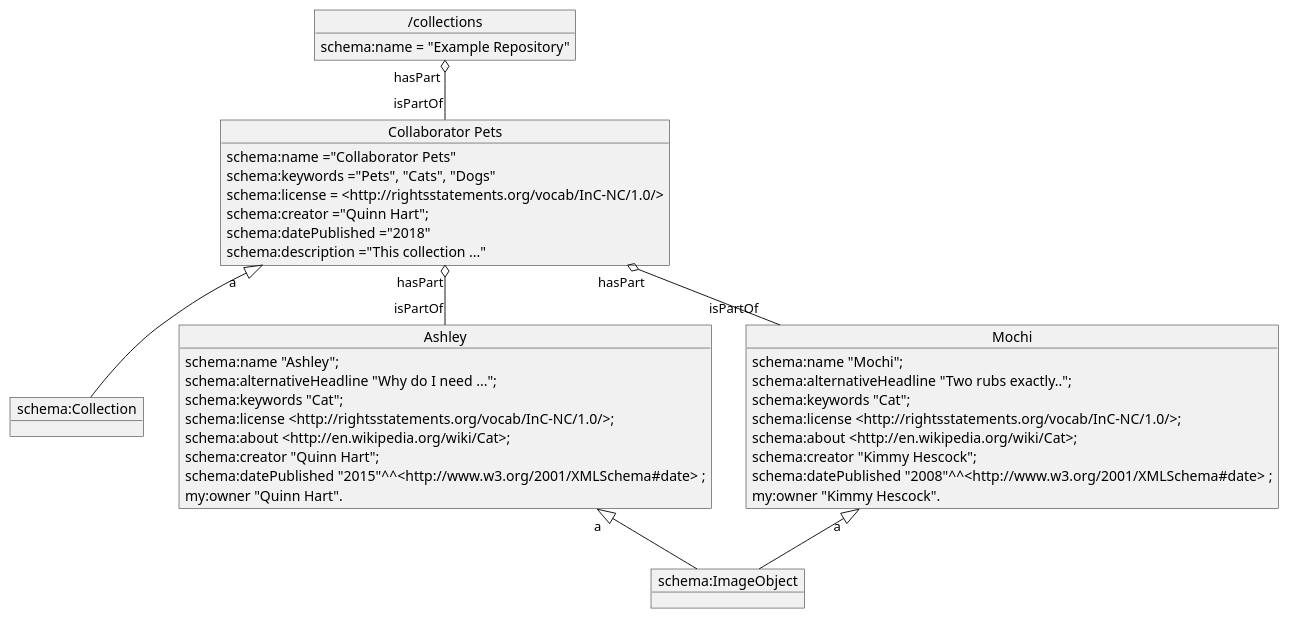
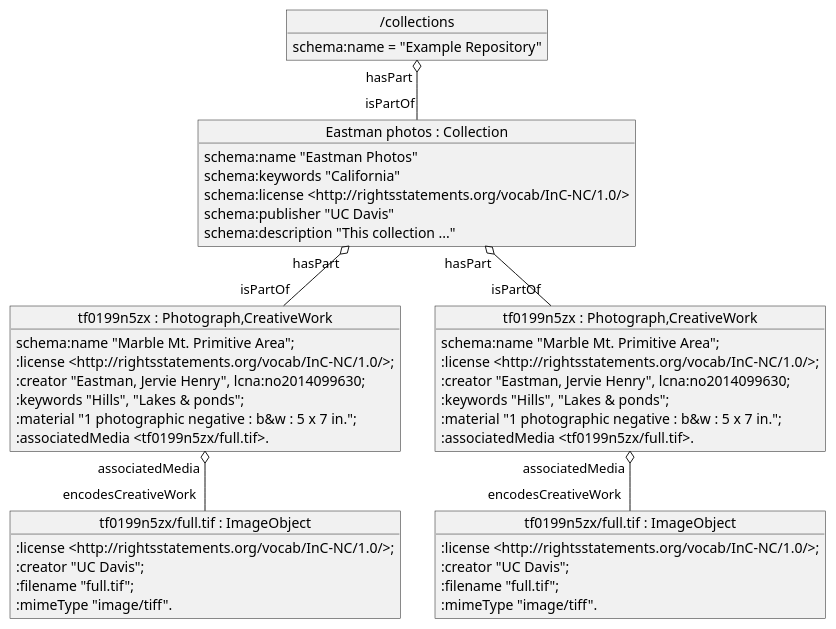
Before and after one commit to ldragoon/fin-example-repository: the second of 2 diagrams in collection/ex2-photos/README.org, drawn with PlantUML. The commit also changed other lines of this file and 18 other files, not shown here.

```diff
--- a/collection/ex2-photos/README.org
+++ b/collection/ex2-photos/README.org
@@ -69,50 +75,54 @@
 #+BEGIN_SRC plantuml  :file ./docs/diagram.png
   @startuml
-
-  object "schema:Collection" as sCol
-  object "schema:ImageObject" as sImage
-
   object "/collections" as Collections {
-			 schema:name = "Example Repository"
+       schema:name = "Example Repository"
   }
 
-  object "Collaborator Pets" as Pets {
-  schema:name ="Collaborator Pets"
-  schema:keywords ="Pets", "Cats", "Dogs"
-  schema:license = <http://rightsstatements.org/vocab/InC-NC/1.0/>
-  schema:creator ="Quinn Hart";
-  schema:datePublished ="2018"
-  schema:description ="This collection ..."
+  object "Eastman photos : Collection" as Eastman {
+  schema:name "Eastman Photos"
+  schema:keywords "California"
+  schema:license <http://rightsstatements.org/vocab/InC-NC/1.0/>
+  schema:publisher "UC Davis"
+  schema:description "This collection ..."
   }
 
-  object Ashley {
- schema:name "Ashley";
- schema:alternativeHeadline "Why do I need ...";
- schema:keywords "Cat";
- schema:license <http://rightsstatements.org/vocab/InC-NC/1.0/>;
- schema:about <http://en.wikipedia.org/wiki/Cat>;
- schema:creator "Quinn Hart";
- schema:datePublished "2015"^^<http://www.w3.org/2001/XMLSchema#date> ;
- my:owner "Quinn Hart".
+  object "tf0199n5zx : Photograph,CreativeWork" as tf0 {
+   schema:name "Marble Mt. Primitive Area";
+   :license <http://rightsstatements.org/vocab/InC-NC/1.0/>;
+   :creator "Eastman, Jervie Henry", lcna:no2014099630;
+   :keywords "Hills", "Lakes & ponds";
+   :material "1 photographic negative : b&w : 5 x 7 in.";
+   :associatedMedia <tf0199n5zx/full.tif>.
   }
 
-  object Mochi {
- schema:name "Mochi";
- schema:alternativeHeadline "Two rubs exactly..";
- schema:keywords "Cat";
- schema:license <http://rightsstatements.org/vocab/InC-NC/1.0/>;
- schema:about <http://en.wikipedia.org/wiki/Cat>;
- schema:creator "Kimmy Hescock";
- schema:datePublished "2008"^^<http://www.w3.org/2001/XMLSchema#date> ;
- my:owner "Kimmy Hescock".
+  object "tf0199n5zx/full.tif : ImageObject" as tf0i {
+   :license <http://rightsstatements.org/vocab/InC-NC/1.0/>;
+   :creator "UC Davis";
+   :filename "full.tif";
+   :mimeType "image/tiff".
   }
 
-  Collections "hasPart" o-- "isPartOf" Pets
-  Pets "a  " <|-- sCol
-  Pets "hasPart" o-- "isPartOf" Ashley
-  Pets "hasPart" o-- "isPartOf" Mochi
-  Mochi "a  " <|-- sImage
-  Ashley "a  " <|-- sImage
+  object "tf0199n5zx : Photograph,CreativeWork" as tf1 {
+   schema:name "Marble Mt. Primitive Area";
+   :license <http://rightsstatements.org/vocab/InC-NC/1.0/>;
+   :creator "Eastman, Jervie Henry", lcna:no2014099630;
+   :keywords "Hills", "Lakes & ponds";
+   :material "1 photographic negative : b&w : 5 x 7 in.";
+   :associatedMedia <tf0199n5zx/full.tif>.
+  }
+
+  object "tf0199n5zx/full.tif : ImageObject" as tf1i {
+   :license <http://rightsstatements.org/vocab/InC-NC/1.0/>;
+   :creator "UC Davis";
+   :filename "full.tif";
+   :mimeType "image/tiff".
+  }
+
+  Collections "hasPart" o-- "isPartOf" Eastman
+  Eastman "hasPart" o-- "isPartOf" tf0
+  tf0 "associatedMedia" o-- "encodesCreativeWork" tf0i
+  Eastman "hasPart" o-- "isPartOf" tf1
+  tf1 "associatedMedia" o-- "encodesCreativeWork" tf1i
 
     @enduml
 #+END_SRC
```
